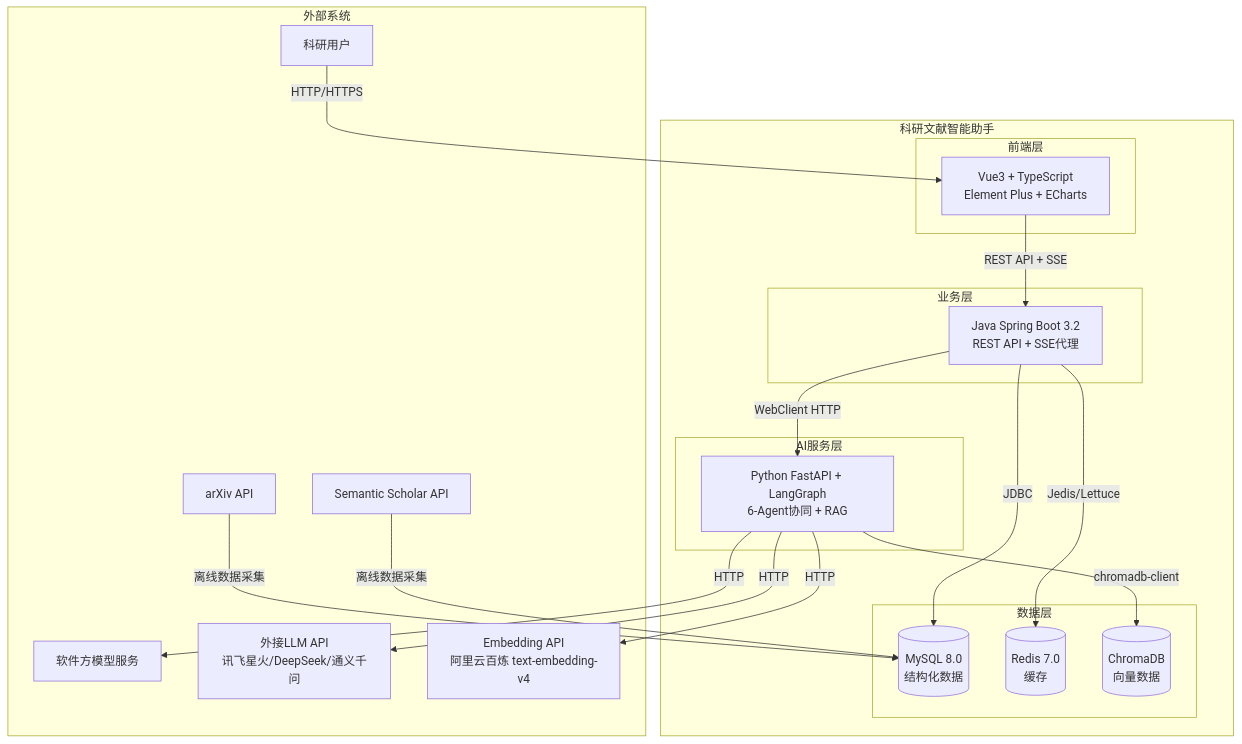
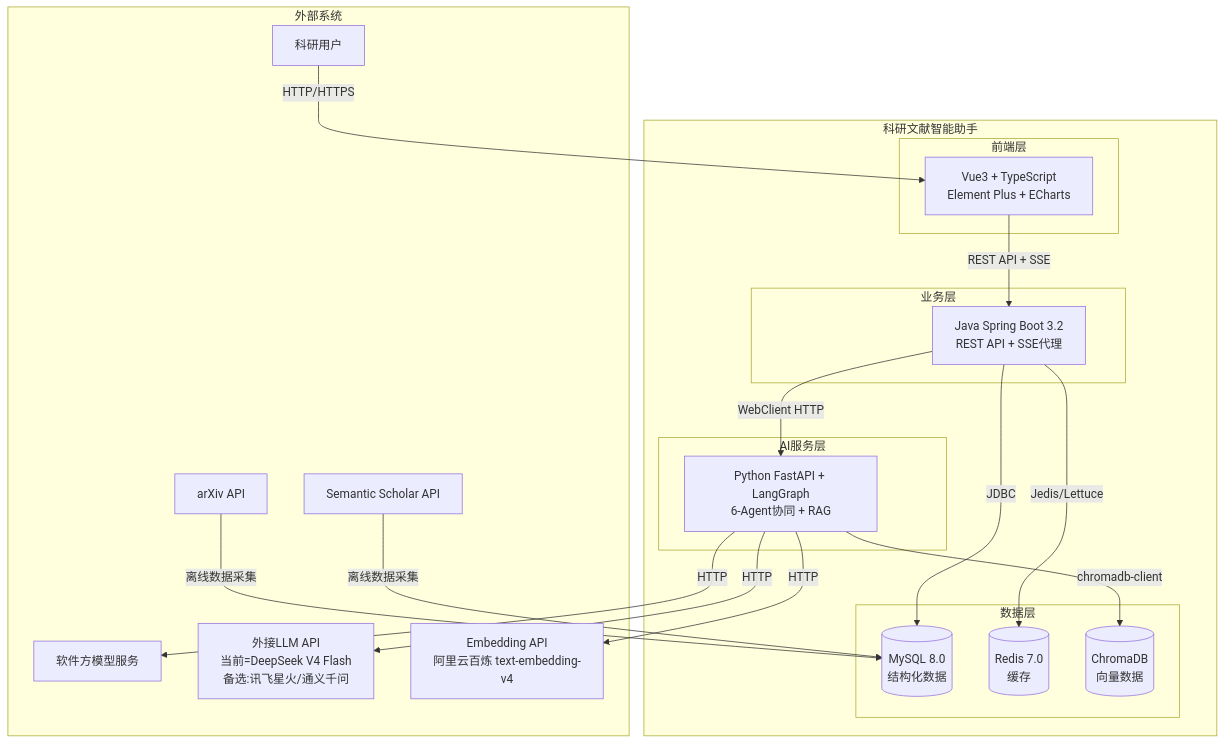
Before and after one commit to Fsu7/Veritas-: the first of 3 diagrams in docs/SRS-软件需求规格说明书.md, drawn with Mermaid. The commit also changed other lines of this file and 10 other files, not shown here.

First line of the commit message:
docs: update all documents to switch default LLM to DeepSeek V4 Flash

````diff
--- a/docs/SRS-软件需求规格说明书.md
+++ b/docs/SRS-软件需求规格说明书.md
@@ -160,40 +161,40 @@
 ```mermaid
 graph TB
     subgraph 外部系统
         USER[科研用户]
         ARXIV[arXiv API]
         SEMANTIC[Semantic Scholar API]
         BUILTIN_LLM[软件方模型服务]
-        EXT_API[外接LLM API<br/>讯飞星火/DeepSeek/通义千问]
+        EXT_API[外接LLM API<br/>当前=DeepSeek V4 Flash<br/>备选:讯飞星火/通义千问]
         EMBED_API[Embedding API<br/>阿里云百炼 text-embedding-v4]
     end
 
     subgraph 科研文献智能助手
         subgraph 前端层
             FE[Vue3 + TypeScript<br/>Element Plus + ECharts]
         end
         subgraph 业务层
             BE[Java Spring Boot 3.2<br/>REST API + SSE代理]
         end
         subgraph AI服务层
             AI[Python FastAPI + LangGraph<br/>6-Agent协同 + RAG]
         end
         subgraph 数据层
             DB[(MySQL 8.0<br/>结构化数据)]
             CACHE[(Redis 7.0<br/>缓存)]
             VEC[(ChromaDB<br/>向量数据)]
         end
     end
 
     USER -->|HTTP/HTTPS| FE
     FE -->|REST API + SSE| BE
     BE -->|WebClient HTTP| AI
     BE -->|JDBC| DB
     BE -->|Jedis/Lettuce| CACHE
     AI -->|chromadb-client| VEC
     AI -->|HTTP| BUILTIN_LLM
     AI -->|HTTP| EXT_API
     AI -->|HTTP| EMBED_API
     ARXIV -->|离线数据采集| DB
     SEMANTIC -->|离线数据采集| DB
 ```
````
